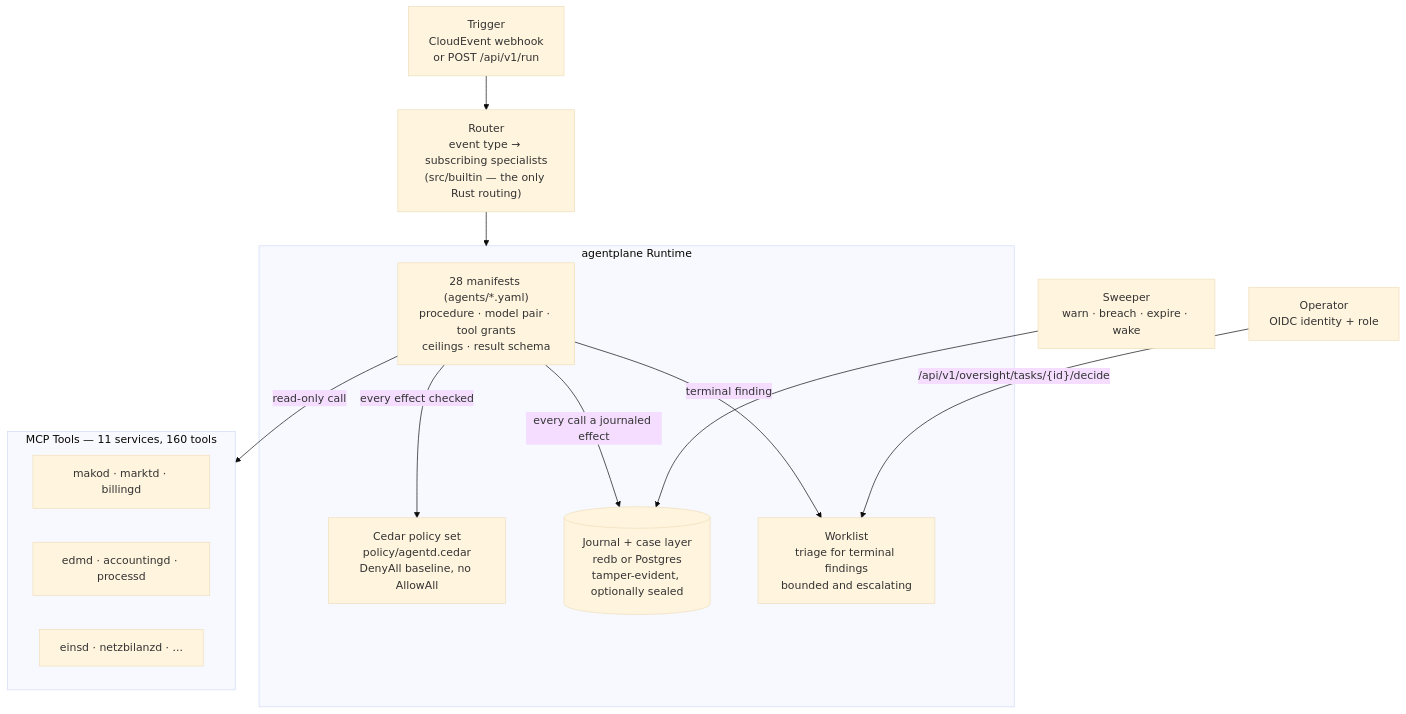
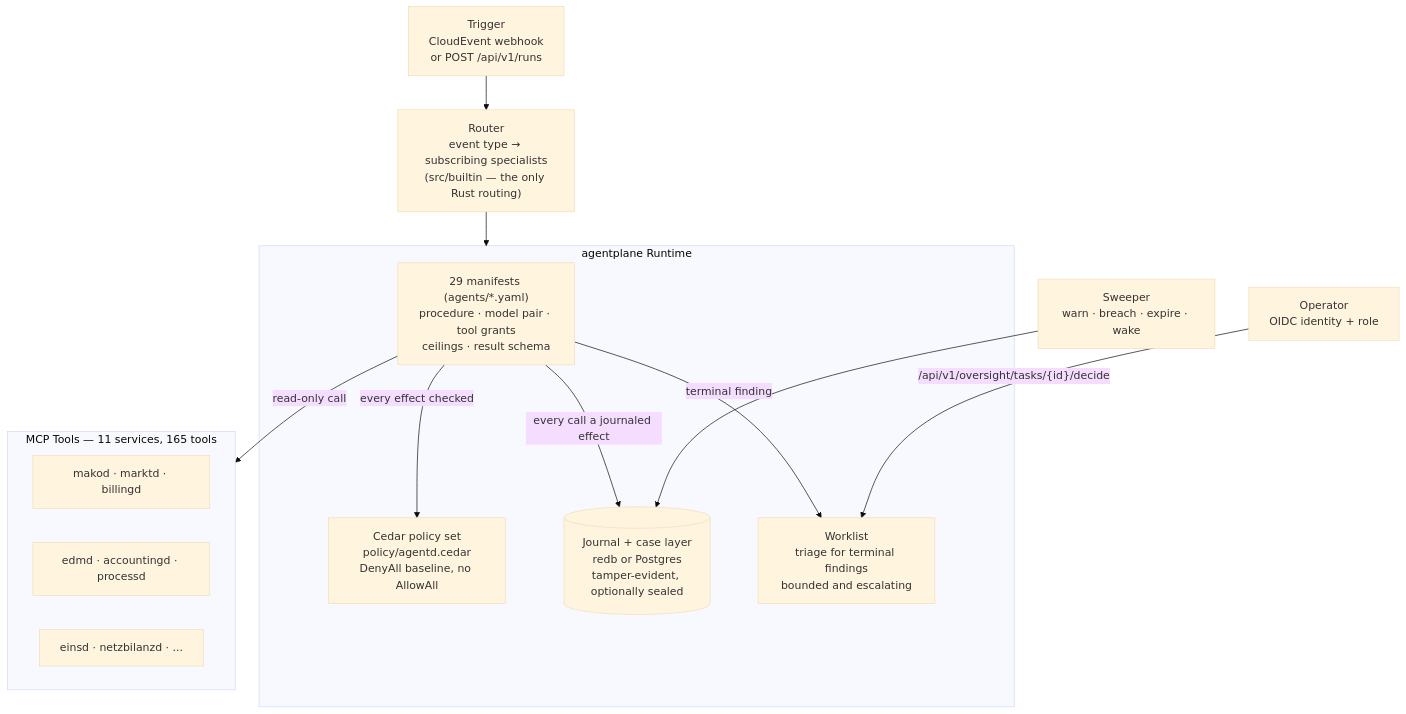
One commit to hupe1980/mako changed the first of 4 diagrams in site/content/docs/services/agentd.md. Above: the diagram before and after it, drawn with Mermaid (base theme). The commit also changed other lines of this file and 40 other files, not shown here.

````diff
--- a/site/content/docs/services/agentd.md
+++ b/site/content/docs/services/agentd.md
@@ -390,29 +393,29 @@
 ```mermaid
 graph TB
-    TRIGGER["Trigger<br/>CloudEvent webhook<br/>or POST /api/v1/run"]
+    TRIGGER["Trigger<br/>CloudEvent webhook<br/>or POST /api/v1/runs"]
     ROUTER["Router<br/>event type → subscribing specialists<br/>(src/builtin — the only Rust routing)"]
 
     subgraph plane ["agentplane Runtime"]
-        MANIFEST["28 manifests (agents/*.yaml)<br/>procedure · model pair · tool grants<br/>ceilings · result schema"]
+        MANIFEST["29 manifests (agents/*.yaml)<br/>procedure · model pair · tool grants<br/>ceilings · result schema"]
         POLICY["Cedar policy set<br/>policy/agentd.cedar<br/>DenyAll baseline, no AllowAll"]
         JOURNAL[("Journal + case layer<br/>redb or Postgres<br/>tamper-evident, optionally sealed")]
         OVERSIGHT["Worklist<br/>triage for terminal findings<br/>bounded and escalating"]
     end
 
-    subgraph tools ["MCP Tools — 11 services, 160 tools"]
+    subgraph tools ["MCP Tools — 11 services, 165 tools"]
         T1["makod · marktd · billingd"]
         T2["edmd · accountingd · processd"]
         T3["einsd · netzbilanzd · ..."]
     end
 
     HUMAN["Operator<br/>OIDC identity + role"]
     SWEEP["Sweeper<br/>warn · breach · expire · wake"]
 
     TRIGGER --> ROUTER --> plane
     MANIFEST -->|"every effect checked"| POLICY
     MANIFEST -->|"every call a journaled effect"| JOURNAL
     MANIFEST -->|"terminal finding"| OVERSIGHT
     HUMAN -->|"/api/v1/oversight/tasks/{id}/decide"| OVERSIGHT
     SWEEP --> JOURNAL
     MANIFEST -->|"read-only call"| tools
 ```
````
